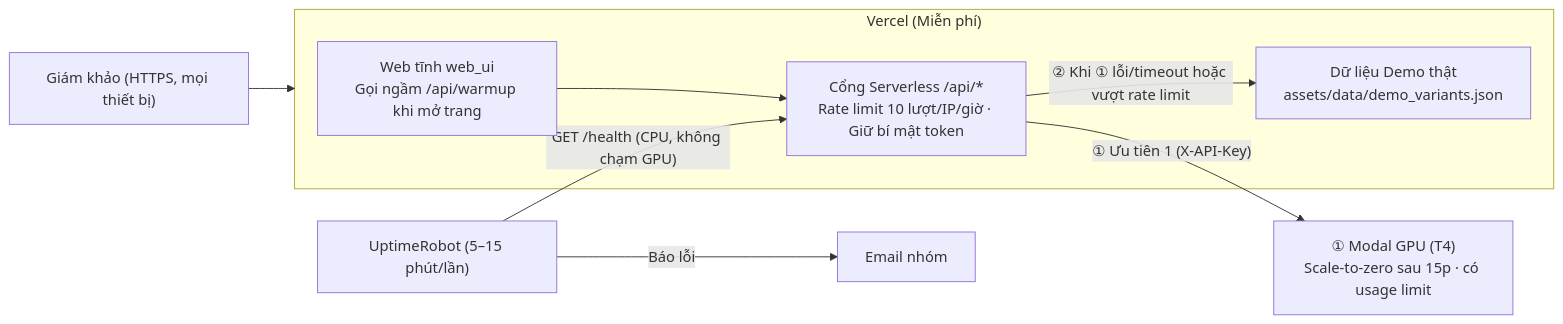
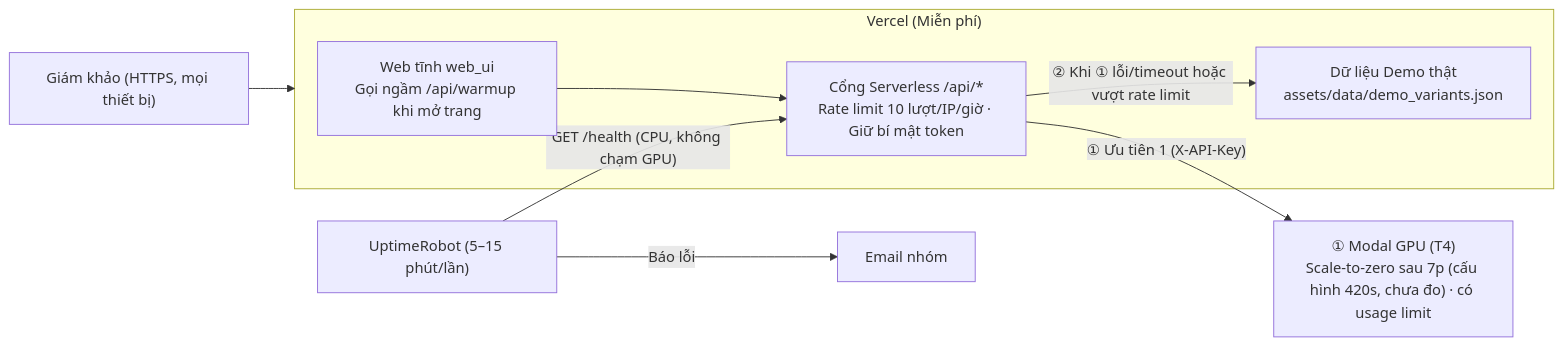
Before and after one commit to quoczai22/tai-sinh-di-san-so-ai: the diagram in docs/DEPLOY.md, drawn with Mermaid. The commit also changed other lines of this file and 1 other file, not shown here.

First line of the commit message:
docs(deploy): đồng bộ tài liệu với thực tế (project Vercel chính thức, lỗi 401 Vercel-Modal)

````diff
--- a/docs/DEPLOY.md
+++ b/docs/DEPLOY.md
@@ -14,16 +14,16 @@
 ```mermaid
 flowchart LR
     Judge["Giám khảo (HTTPS, mọi thiết bị)"] --> Vercel["Vercel (Root: web_ui)"]
     subgraph Vercel["Vercel (Miễn phí)"]
         Static["Web tĩnh web_ui\nGọi ngầm /api/warmup khi mở trang"]
         Gateway["Cổng Serverless /api/*\nRate limit 10 lượt/IP/giờ · Giữ bí mật token"]
         DemoData["Dữ liệu Demo thật\nassets/data/demo_variants.json"]
         Static --> Gateway
     end
 
-    Gateway -->|"① Ưu tiên 1 (X-API-Key)"| Modal["① Modal GPU (T4)\nScale-to-zero sau 15p · có usage limit"]
+    Gateway -->|"① Ưu tiên 1 (X-API-Key)"| Modal["① Modal GPU (T4)\nScale-to-zero sau 7p (cấu hình 420s, chưa đo) · có usage limit"]
     Gateway -->|"② Khi ① lỗi/timeout hoặc vượt rate limit"| DemoData
 
     Uptime["UptimeRobot (5–15 phút/lần)"] -->|"GET /health (CPU, không chạm GPU)"| Gateway
     Uptime -->|"Báo lỗi"| Alert["Email nhóm"]
 ```
````
